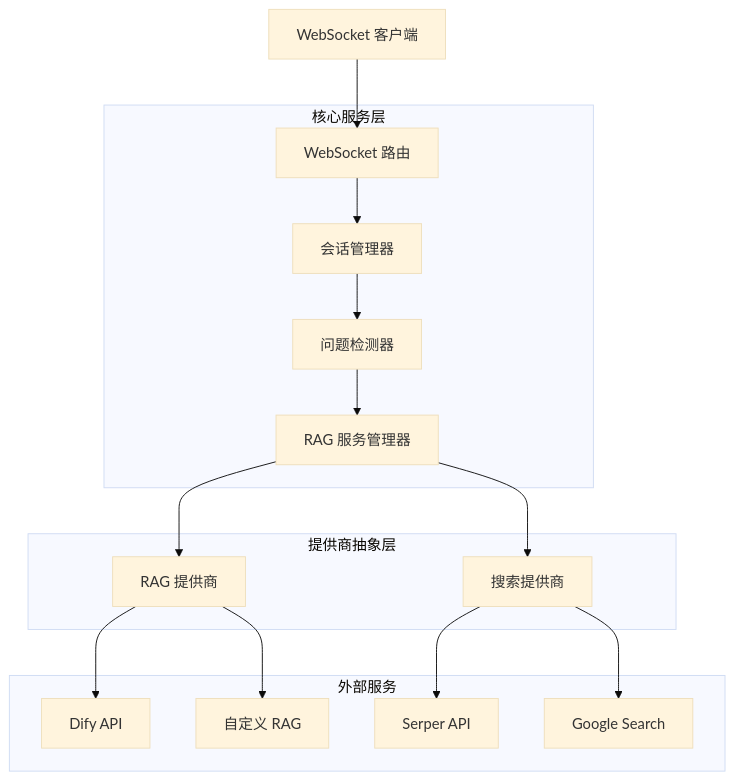
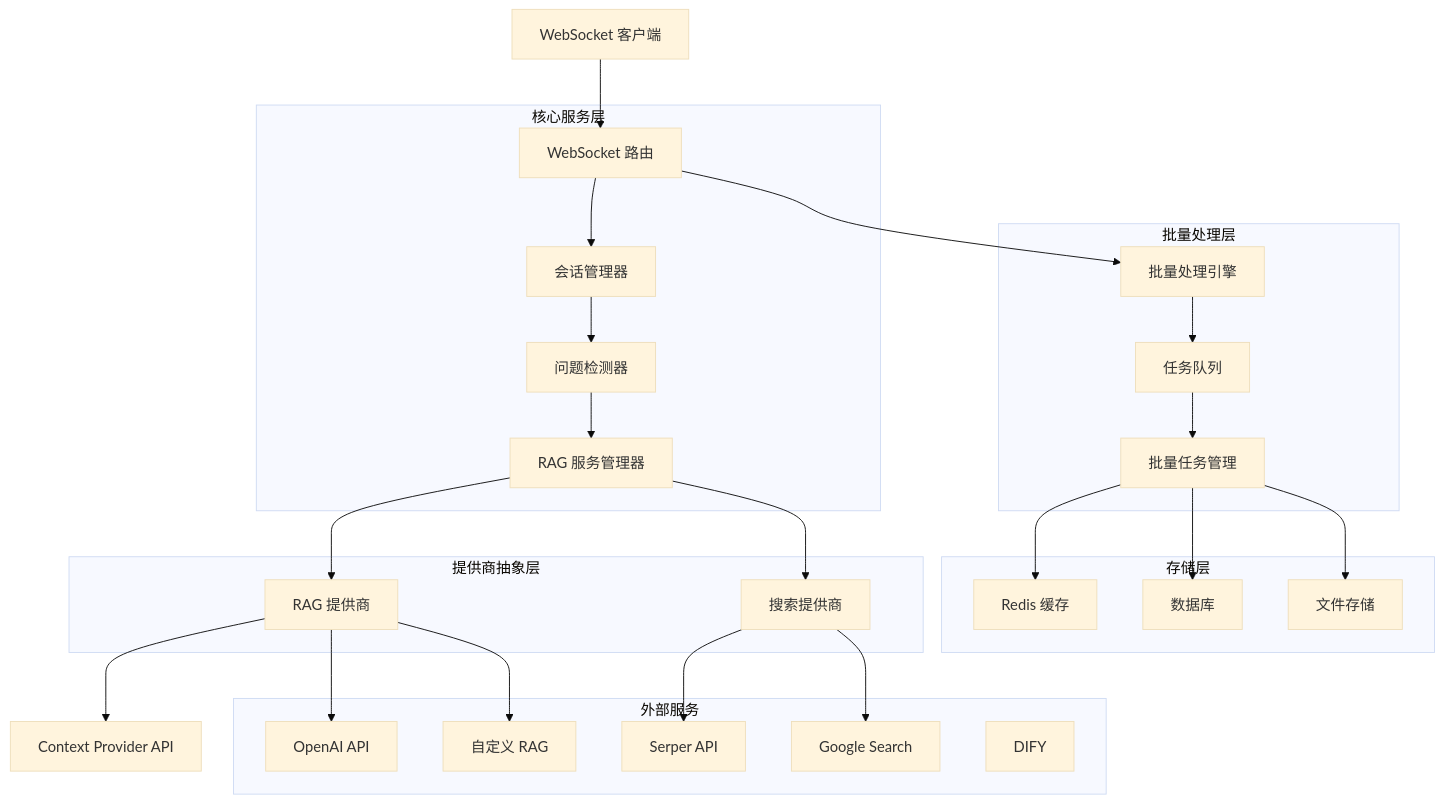
Before and after one commit to fxp/realtime-rag: the diagram in spec/plan.md, drawn with Mermaid (base theme). The commit also changed other lines of this file and 13 other files, not shown here.

````diff
--- a/spec/plan.md
+++ b/spec/plan.md
@@ -7,32 +7,53 @@
 ```mermaid
 graph TB
     Client[WebSocket 客户端] --> WS[WebSocket 路由]
     WS --> SM[会话管理器]
     SM --> QD[问题检测器]
     QD --> RS[RAG 服务管理器]
     RS --> RAG[RAG 提供商]
     RS --> SEARCH[搜索提供商]
-    RAG --> DIFY[Dify API]
+    RAG --> CONTEXT[Context Provider API]
+    RAG --> OPENAI[OpenAI API]
     RAG --> CUSTOM[自定义 RAG]
     SEARCH --> SERPER[Serper API]
     SEARCH --> GOOGLE[Google Search]
+    
+    subgraph "批量处理层"
+        BP[批量处理引擎]
+        TQ[任务队列]
+        BT[批量任务管理]
+    end
     
     subgraph "核心服务层"
         WS
         SM
         QD
         RS
     end
     
     subgraph "提供商抽象层"
         RAG
         SEARCH
     end
     
     subgraph "外部服务"
         DIFY
+        OPENAI
         CUSTOM
         SERPER
         GOOGLE
     end
+    
+    subgraph "存储层"
+        REDIS[Redis 缓存]
+        DB[数据库]
+        FS[文件存储]
+    end
+    
+    WS --> BP
+    BP --> TQ
+    TQ --> BT
+    BT --> REDIS
+    BT --> DB
+    BT --> FS
 ```
````
